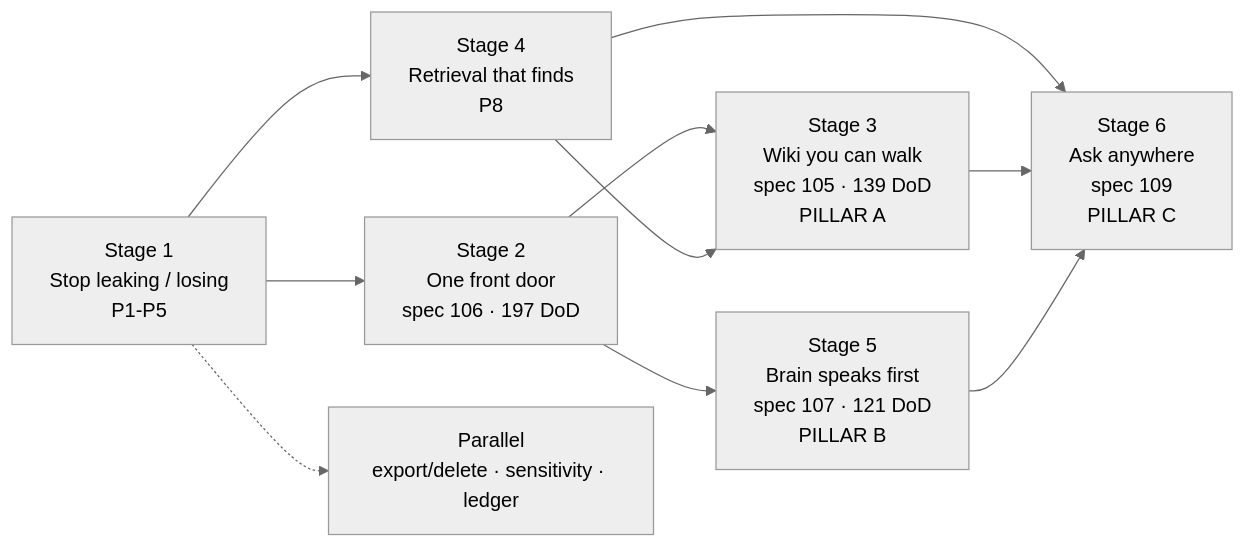
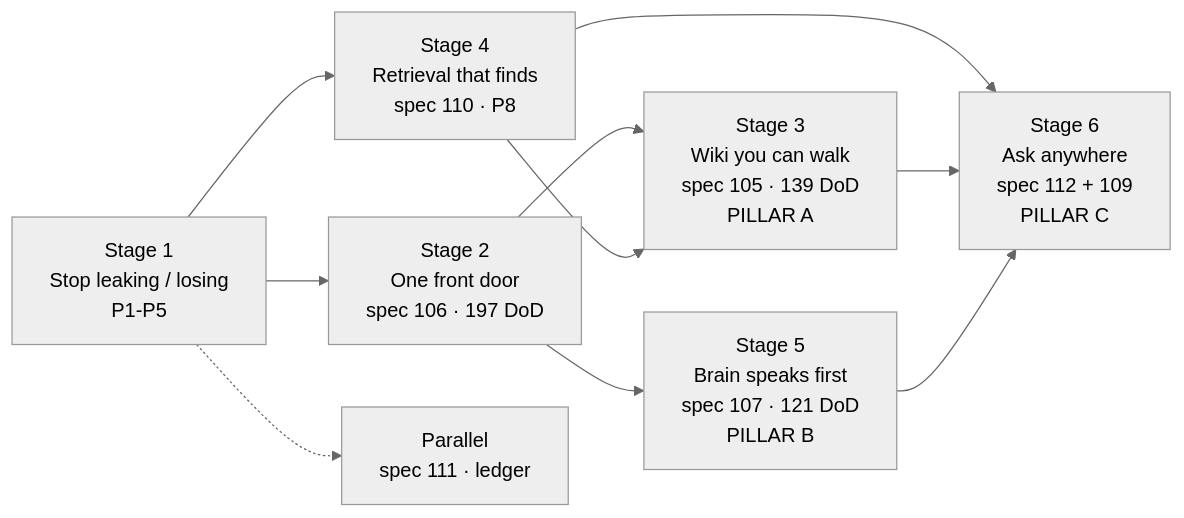
The diagram in docs/Product_Delivery_Plan.md (pkirsanov/smackerel), drawn with Mermaid (neutral theme) before and after one commit. The commit also changed other lines of this file and 3 other files, not shown here.

````diff
--- a/docs/Product_Delivery_Plan.md
+++ b/docs/Product_Delivery_Plan.md
@@ -804,12 +949,12 @@
 ```mermaid
 graph LR
     S1["Stage 1<br/>Stop leaking / losing<br/>P1-P5"] --> S2["Stage 2<br/>One front door<br/>spec 106 · 197 DoD"]
     S2 --> S3["Stage 3<br/>Wiki you can walk<br/>spec 105 · 139 DoD<br/>PILLAR A"]
     S2 --> S5["Stage 5<br/>Brain speaks first<br/>spec 107 · 121 DoD<br/>PILLAR B"]
-    S1 --> S4["Stage 4<br/>Retrieval that finds<br/>P8"]
+    S1 --> S4["Stage 4<br/>Retrieval that finds<br/>spec 110 · P8"]
     S4 --> S3
-    S4 --> S6["Stage 6<br/>Ask anywhere<br/>spec 109<br/>PILLAR C"]
+    S4 --> S6["Stage 6<br/>Ask anywhere<br/>spec 112 + 109<br/>PILLAR C"]
     S3 --> S6
     S5 --> S6
-    S1 -.-> PT["Parallel<br/>export/delete · sensitivity · ledger"]
+    S1 -.-> PT["Parallel<br/>spec 111 · ledger"]
 ```
````
